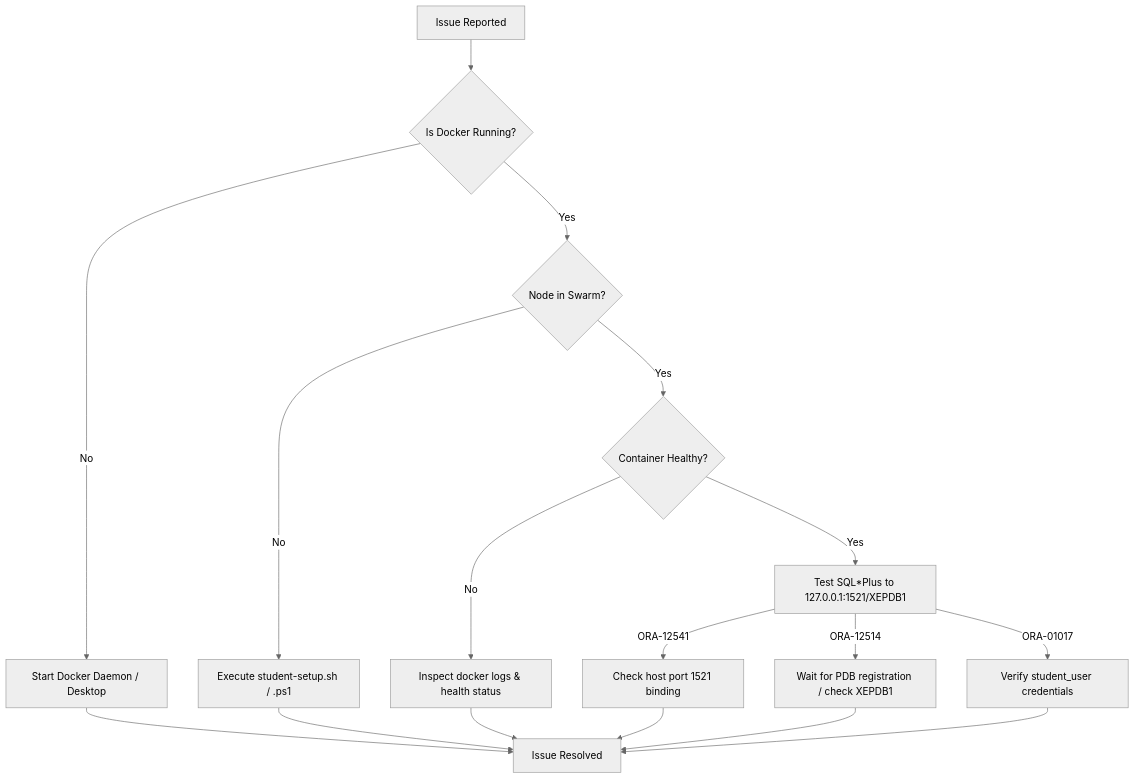
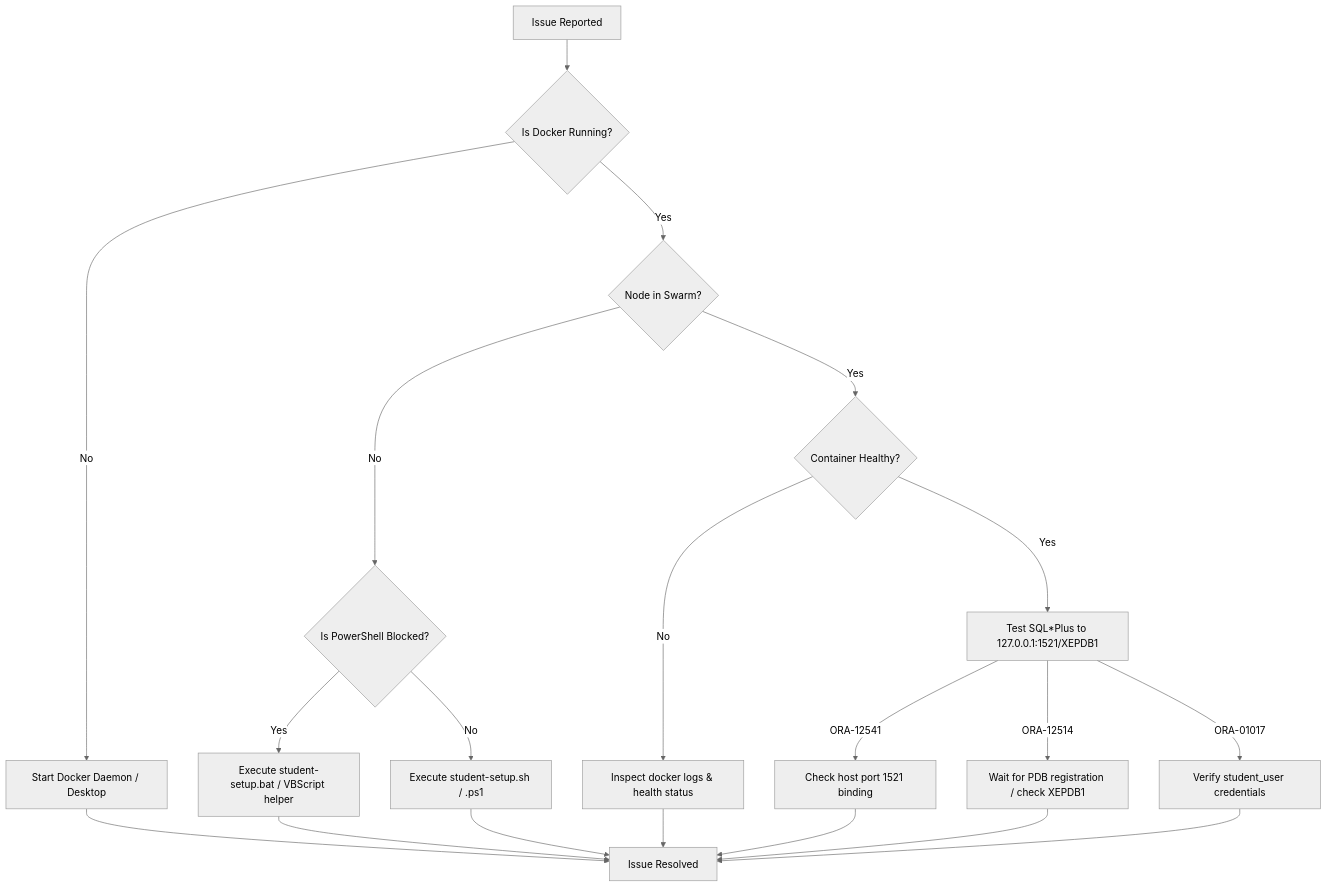
Before and after one commit to XotEmBotZ/dbtol: the second of 2 diagrams in docs/TROUBLESHOOTING.md, drawn with Mermaid (neutral theme). The commit also changed other lines of this file and 11 other files, not shown here.

````diff
--- a/docs/TROUBLESHOOTING.md
+++ b/docs/TROUBLESHOOTING.md
@@ -272,19 +320,22 @@
 ```mermaid
 flowchart TD
     Start[Issue Reported] --> CheckDocker{Is Docker Running?}
     CheckDocker -- No --> StartDocker[Start Docker Daemon / Desktop]
     CheckDocker -- Yes --> CheckSwarm{Node in Swarm?}
-    CheckSwarm -- No --> RunStudentSetup[Execute student-setup.sh / .ps1]
+    CheckSwarm -- No --> CheckPS{Is PowerShell Blocked?}
+    CheckPS -- Yes --> RunBatSetup[Execute student-setup.bat / VBScript helper]
+    CheckPS -- No --> RunStudentSetup[Execute student-setup.sh / .ps1]
     CheckSwarm -- Yes --> CheckContainer{Container Healthy?}
     CheckContainer -- No --> CheckHealth[Inspect docker logs & health status]
     CheckContainer -- Yes --> CheckSQL[Test SQL*Plus to 127.0.0.1:1521/XEPDB1]
     CheckSQL -- ORA-12541 --> FixListener[Check host port 1521 binding]
     CheckSQL -- ORA-12514 --> FixService[Wait for PDB registration / check XEPDB1]
     CheckSQL -- ORA-01017 --> FixPassword[Verify student_user credentials]
     FixPassword --> Resolved[Issue Resolved]
     FixService --> Resolved
     FixListener --> Resolved
+    RunBatSetup --> Resolved
     RunStudentSetup --> Resolved
     StartDocker --> Resolved
     CheckHealth --> Resolved
 ```
````
